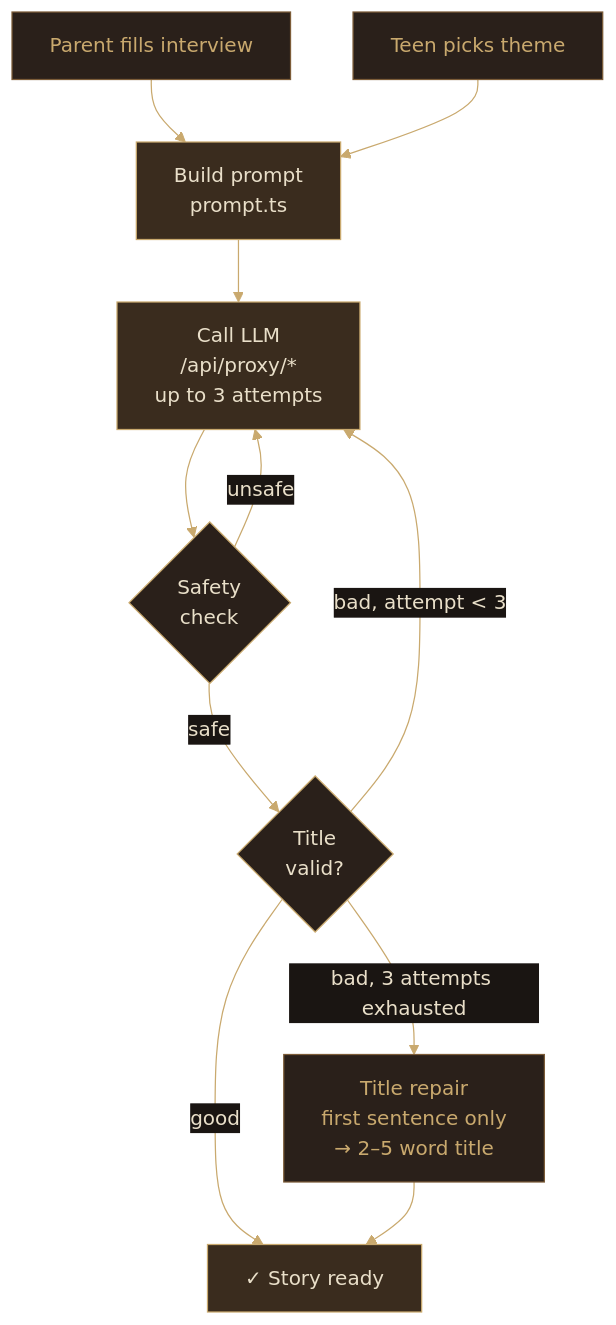
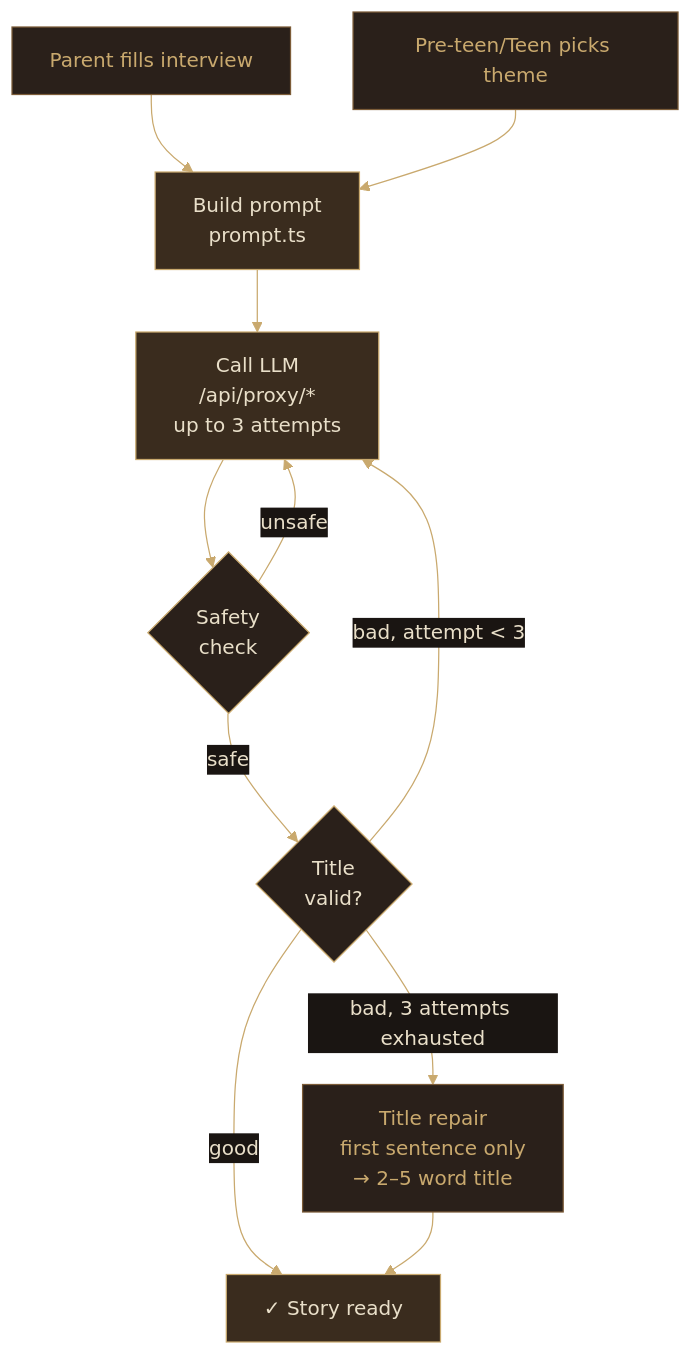
Before and after one commit to leelakumili/lamplight: the fifth of 11 diagrams in TECHNICAL.md, drawn with Mermaid. The commit also changed 4 other files, not shown here.

````diff
--- a/TECHNICAL.md
+++ b/TECHNICAL.md
@@ -103,23 +103,23 @@
 ```mermaid
 %%{init: {"theme": "base", "themeVariables": {"primaryColor": "#2a201a", "primaryTextColor": "#e9dfc9", "primaryBorderColor": "#c9a96e", "lineColor": "#c9a96e", "secondaryColor": "#1a1512", "background": "#1a1512", "mainBkg": "#2a201a", "nodeBorder": "#c9a96e", "fontFamily": "ui-serif, Georgia, serif"}}}%%
 flowchart TD
     A["Parent fills interview"] --> C
-    B["Teen picks theme"] --> C
+    B["Pre-teen/Teen picks theme"] --> C
     C["Build prompt\nprompt.ts"] --> D
     D["Call LLM\n/api/proxy/*\nup to 3 attempts"] --> E
     E{"Safety\ncheck"} -->|unsafe| D
     E -->|safe| F{"Title\nvalid?"}
     F -->|bad, attempt < 3| D
     F -->|bad, 3 attempts exhausted| G["Title repair\nfirst sentence only\n→ 2–5 word title"]
     F -->|good| H["✓ Story ready"]
     G --> H
 
     style A fill:#2a201a,stroke:#7c5c38,color:#c9a96e
     style B fill:#2a201a,stroke:#7c5c38,color:#c9a96e
     style C fill:#3a2c1e,stroke:#c9a96e,color:#e9dfc9
     style D fill:#3a2c1e,stroke:#c9a96e,color:#e9dfc9
     style E fill:#2a201a,stroke:#c9a96e,color:#e9dfc9
     style F fill:#2a201a,stroke:#c9a96e,color:#e9dfc9
     style G fill:#2a201a,stroke:#7c5c38,color:#c9a96e
     style H fill:#3a2c1e,stroke:#c9a96e,color:#e9dfc9
 ```
````
